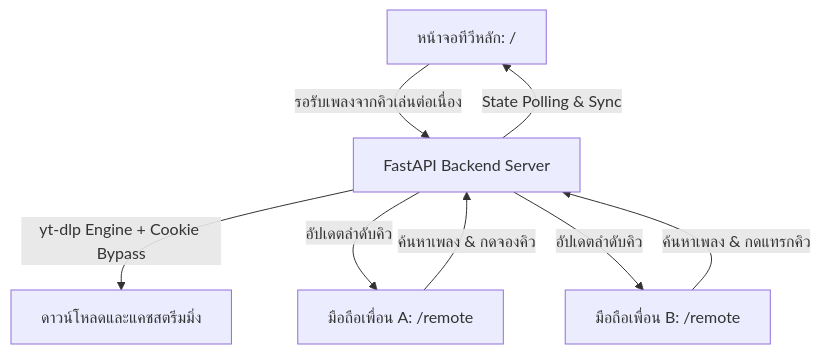
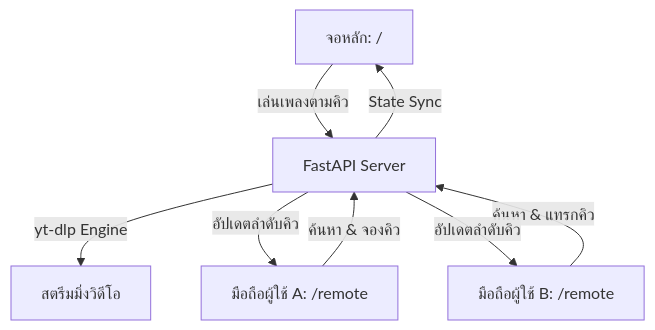
The sixth of 9 diagrams in README.md (FANG9356/MyProject), drawn with Mermaid before and after one commit. The commit also changed other lines of this file and 1 other file, not shown here.

````diff
--- a/README.md
+++ b/README.md
@@ -299,9 +261,9 @@
 ```mermaid
 flowchart TD
- A[หน้าจอทีวีหลัก: /] -->|รอรับเพลงจากคิวเล่นต่อเนื่อง| B[FastAPI Backend Server]
- C[มือถือเพื่อน A: /remote] -->|ค้นหาเพลง & กดจองคิว| B
- D[มือถือเพื่อน B: /remote] -->|ค้นหาเพลง & กดแทรกคิว| B
- B -->|yt-dlp Engine + Cookie Bypass| E[ดาวน์โหลดและแคชสตรีมมิ่ง]
- B -->|State Polling & Sync| A
- B -->|อัปเดตลำดับคิว| C & D
+  A[จอหลัก: /] -->|เล่นเพลงตามคิว| B[FastAPI Server]
+  C[มือถือผู้ใช้ A: /remote] -->|ค้นหา & จองคิว| B
+  D[มือถือผู้ใช้ B: /remote] -->|ค้นหา & แทรกคิว| B
+  B -->|yt-dlp Engine| E[สตรีมมิ่งวิดีโอ]
+  B -->|State Sync| A
+  B -->|อัปเดตลำดับคิว| C & D
 ```
````
